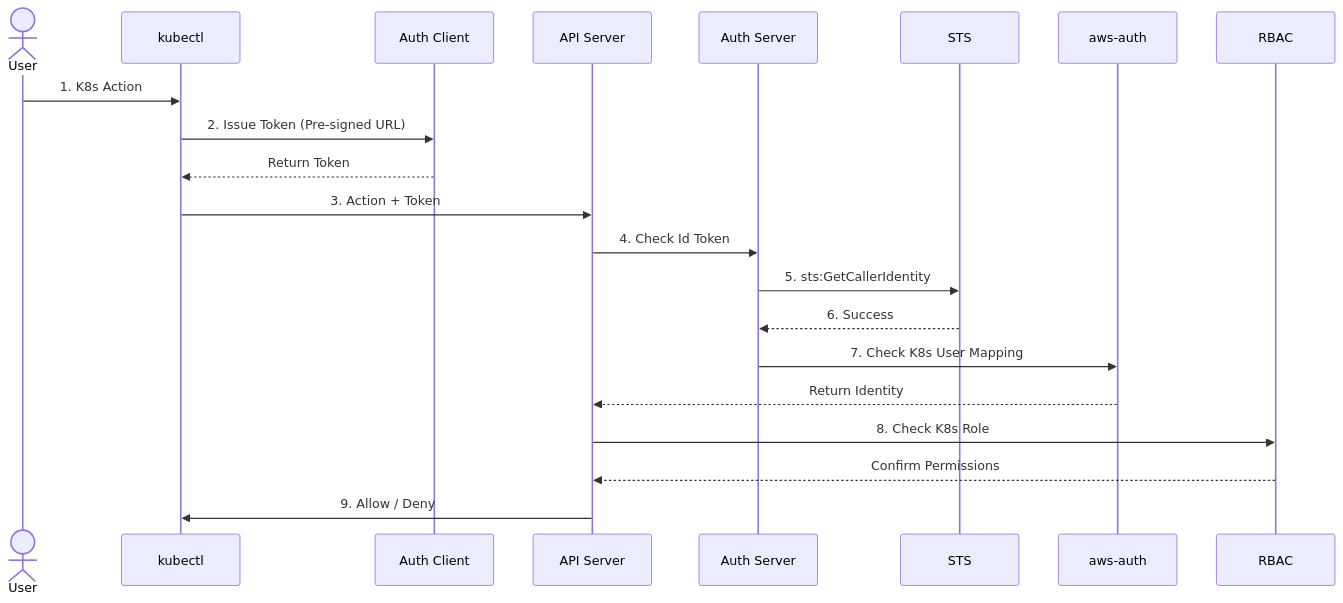
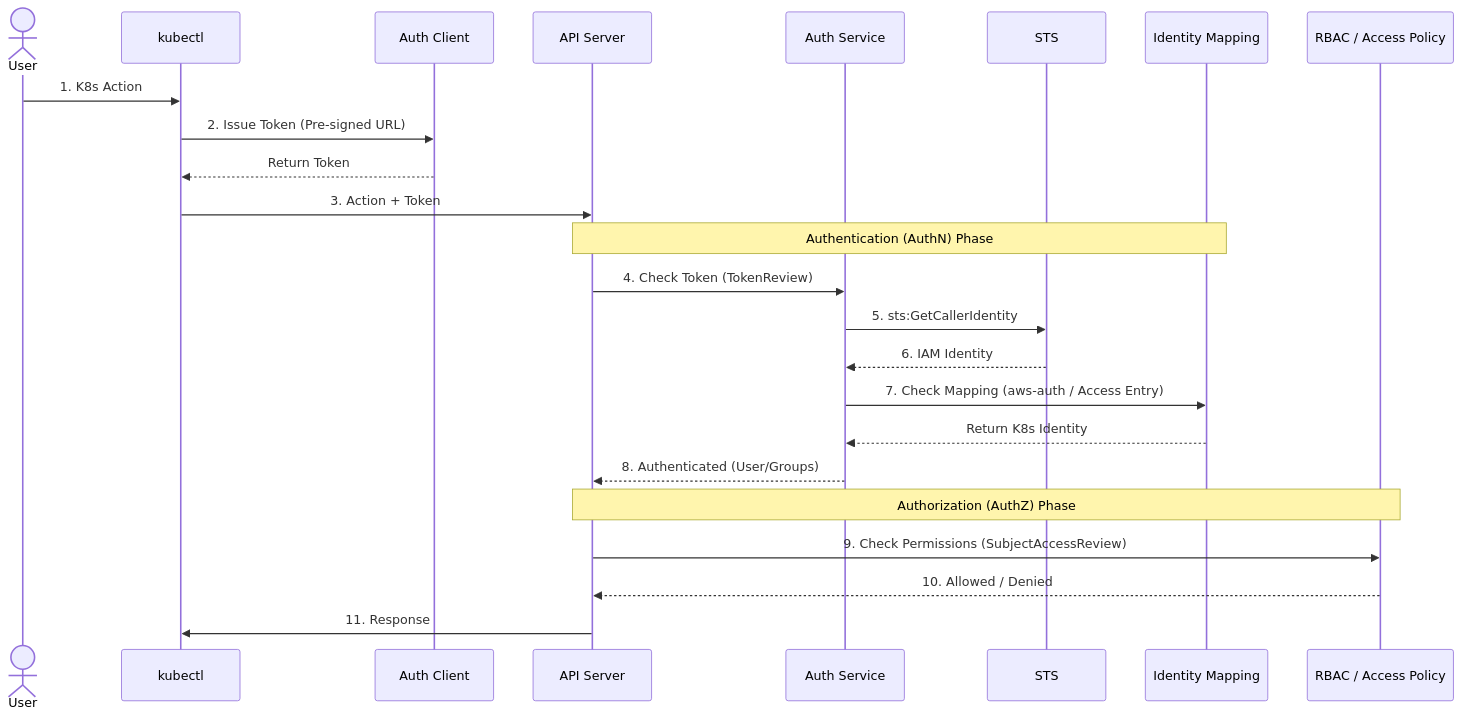
Before and after one commit to seyoungnam/docs: the second of 2 diagrams in docs/EKS/Auth/10-auth.md, drawn with Mermaid. The commit also changed other lines of this file and 15 other files, not shown here.

````diff
--- a/docs/EKS/Auth/10-auth.md
+++ b/docs/EKS/Auth/10-auth.md
@@ -212,25 +128,31 @@
 ``` mermaid
 sequenceDiagram
     %%{init: {'themeVariables': { 'fontSize': '16px' }, 'sequence': {'useMaxWidth': false} }}%%
     actor User
     participant K as kubectl
     participant C as Auth Client
     participant API as API Server
-    participant S as Auth Server
+    participant S as Auth Service
     participant STS
-    participant M as aws-auth
-    participant RBAC
+    participant M as Identity Mapping
+    participant RBAC as RBAC / Access Policy
 
     User->>K: 1. K8s Action
     K->>C: 2. Issue Token (Pre-signed URL)
     C-->>K: Return Token
     K->>API: 3. Action + Token
-    API->>S: 4. Check Id Token
+    
+    Note over API,M: Authentication (AuthN) Phase
+    API->>S: 4. Check Token (TokenReview)
     S->>STS: 5. sts:GetCallerIdentity
-    STS-->>S: 6. Success
-    S->>M: 7. Check K8s User Mapping
-    M-->>API: Return Identity
-    API->>RBAC: 8. Check K8s Role
-    RBAC-->>API: Confirm Permissions
-    API->>K: 9. Allow / Deny
+    STS-->>S: 6. IAM Identity
+    S->>M: 7. Check Mapping (aws-auth / Access Entry)
+    M-->>S: Return K8s Identity
+    S-->>API: 8. Authenticated (User/Groups)
+    
+    Note over API,RBAC: Authorization (AuthZ) Phase
+    API->>RBAC: 9. Check Permissions (SubjectAccessReview)
+    RBAC-->>API: 10. Allowed / Denied
+    
+    API->>K: 11. Response
 ```
````
